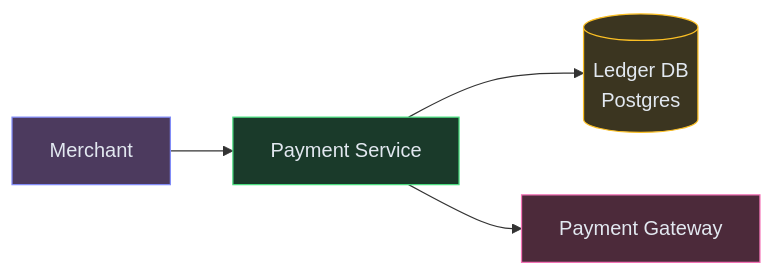
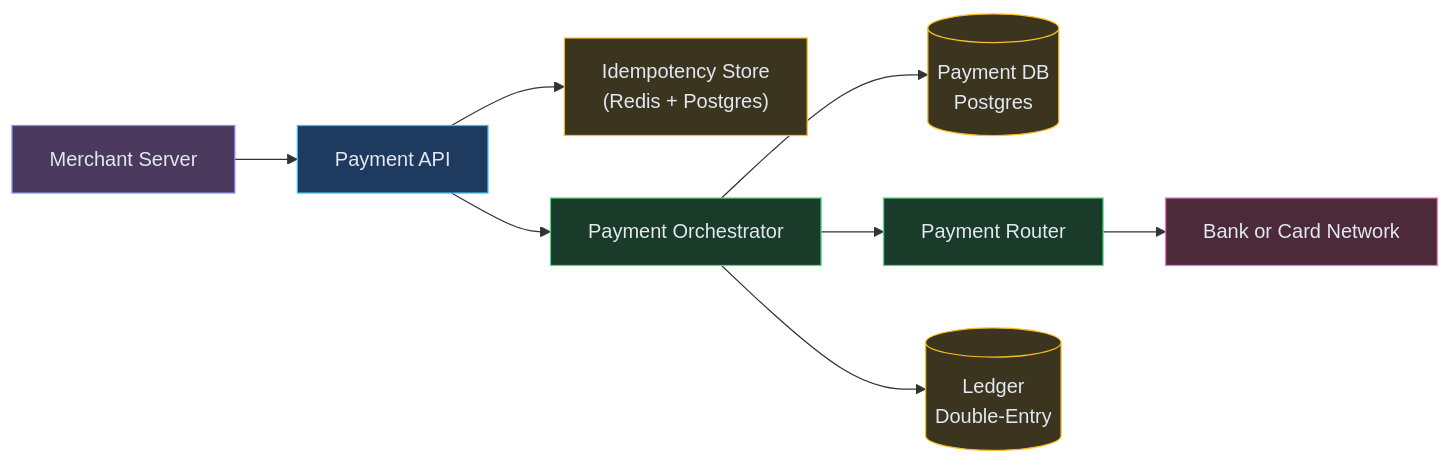
The second of 6 diagrams in content/hld/PaymentSystem.md (iluzn/HLD-Designs), drawn with Mermaid before and after one commit. The commit also changed other lines of this file and 26 other files, not shown here.

````diff
--- a/content/hld/PaymentSystem.md
+++ b/content/hld/PaymentSystem.md
@@ -102,16 +167,25 @@
 ```mermaid
 flowchart LR
-    MERCHANT["Merchant"]:::client
-    API["Payment Service"]:::service
-    DB[("Ledger DB<br/>Postgres")]:::data
-    GW["Payment Gateway"]:::external
+    MERCHANT["Merchant Server"]:::client
+    API["Payment API"]:::edge
+    IDEMP["Idempotency Store<br/>(Redis + Postgres)"]:::data
+    ORCH["Payment Orchestrator"]:::service
+    DB[("Payment DB<br/>Postgres")]:::data
+    ROUTER["Payment Router"]:::service
+    BANK["Bank or Card Network"]:::external
+    LEDGER[("Ledger<br/>Double-Entry")]:::data
 
     MERCHANT --> API
-    API --> DB
-    API --> GW
+    API --> IDEMP
+    API --> ORCH
+    ORCH --> DB
+    ORCH --> ROUTER
+    ROUTER --> BANK
+    ORCH --> LEDGER
 
     classDef client fill:#4c3a5e,stroke:#818cf8,color:#e2e8f0
+    classDef edge fill:#1e3a5f,stroke:#38bdf8,color:#e2e8f0
     classDef service fill:#1a3a2a,stroke:#4ade80,color:#e2e8f0
     classDef data fill:#3b3520,stroke:#fbbf24,color:#e2e8f0
     classDef external fill:#4c2a3a,stroke:#f472b6,color:#e2e8f0
 ```
````
